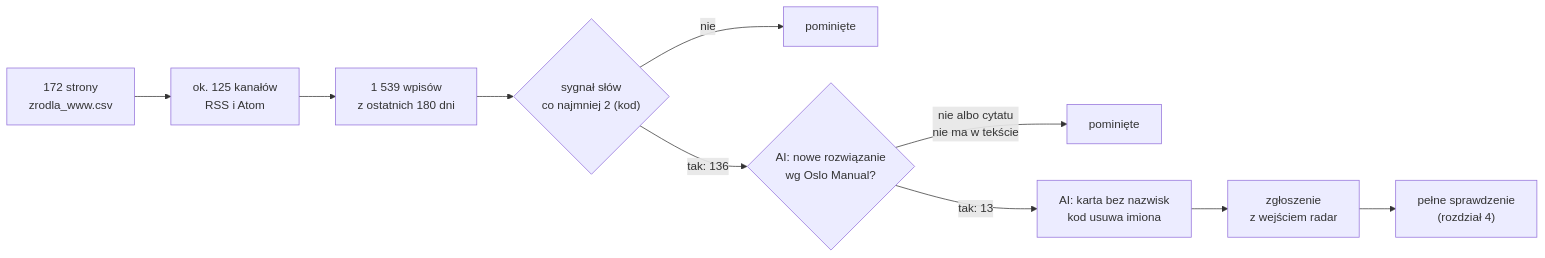
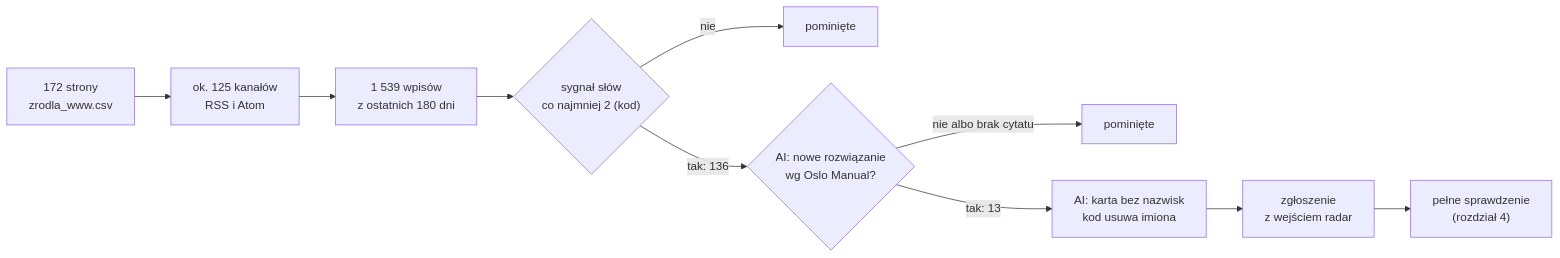
One commit to Kaarmel/radar-innowacji changed the third of 5 diagrams in docs/ARCHITEKTURA.md. Above: the diagram before and after it, drawn with Mermaid. The commit also changed 1 other file, not shown here.

Commit message:
README: przykład API do profilu ogólnego (bez wpisu w kolejce PCI); prostsza etykieta w schemacie radaru

````diff
--- a/docs/ARCHITEKTURA.md
+++ b/docs/ARCHITEKTURA.md
@@ -176,12 +176,12 @@
 ```mermaid
 flowchart LR
     A["172 strony<br/>zrodla_www.csv"] --> B["ok. 125 kanałów<br/>RSS i Atom"]
     B --> C["1 539 wpisów<br/>z ostatnich 180 dni"]
     C --> D{"sygnał słów<br/>co najmniej 2 (kod)"}
     D -- "nie" --> X1["pominięte"]
     D -- "tak: 136" --> E{"AI: nowe rozwiązanie<br/>wg Oslo Manual?"}
-    E -- "nie albo cytatu<br/>nie ma w tekście" --> X2["pominięte"]
+    E -- "nie albo brak cytatu" --> X2["pominięte"]
     E -- "tak: 13" --> F["AI: karta bez nazwisk<br/>kod usuwa imiona"]
     F --> G["zgłoszenie<br/>z wejściem radar"]
     G --> H["pełne sprawdzenie<br/>(rozdział 4)"]
 ```
````
